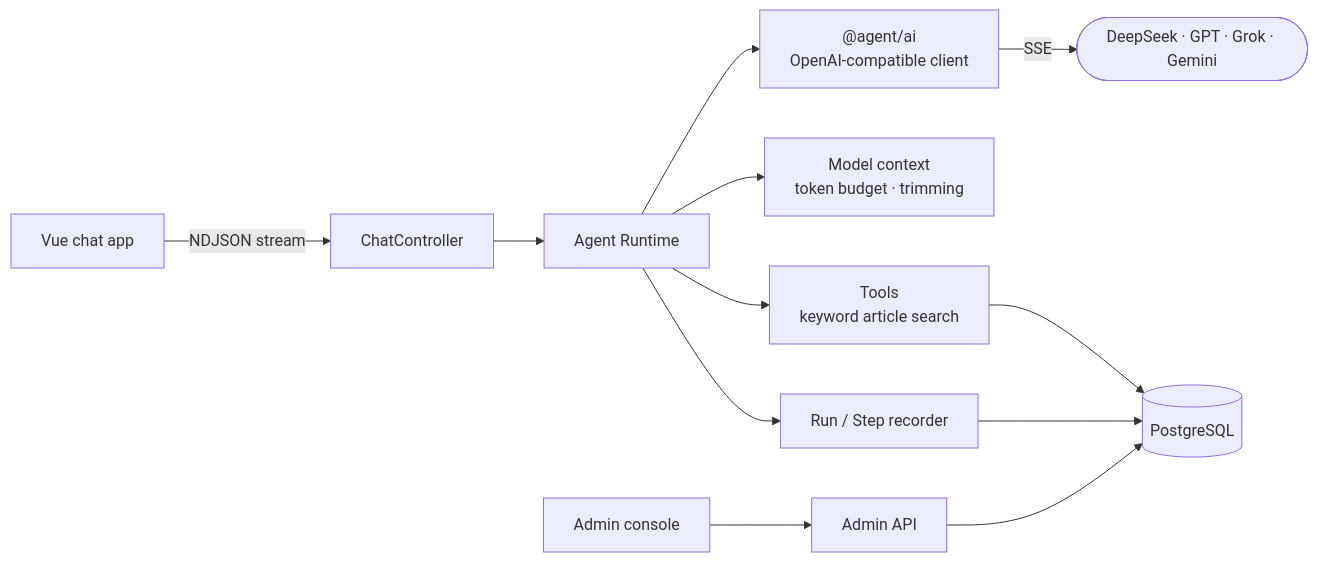
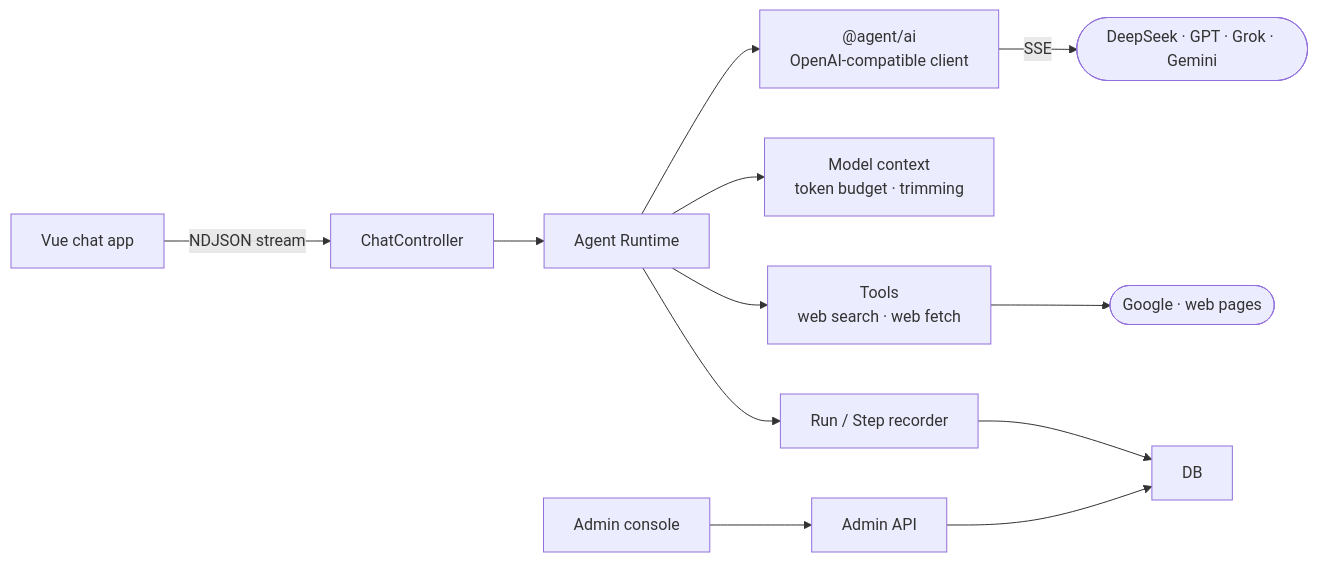
One commit to mufeiyu-ayu/agent changed the diagram in README.md. Above: the diagram before and after it, drawn with Mermaid. The commit also changed 18 other files, not shown here.

First line of the commit message:
feat: 读网页 web_fetch：SSRF 防护与正文提取（#206）

````diff
--- a/README.md
+++ b/README.md
@@ -93,12 +93,12 @@
 ```mermaid
 flowchart LR
     Web[Vue chat app] -->|NDJSON stream| API[ChatController]
     Admin[Admin console] --> AdminAPI[Admin API]
     API --> Runtime[Agent Runtime]
     Runtime --> Context[Model context<br/>token budget · trimming]
     Runtime --> LLM["@agent/ai<br/>OpenAI-compatible client"]
     LLM -->|SSE| Providers([DeepSeek · GPT · Grok · Gemini])
-    Runtime --> Tools[Tools<br/>keyword article search] --> DB[(PostgreSQL)]
+    Runtime --> Tools[Tools<br/>web search · web fetch] --> Internet([Google · web pages])
     Runtime --> Recorder[Run / Step recorder] --> DB
     AdminAPI --> DB
 ```
````
